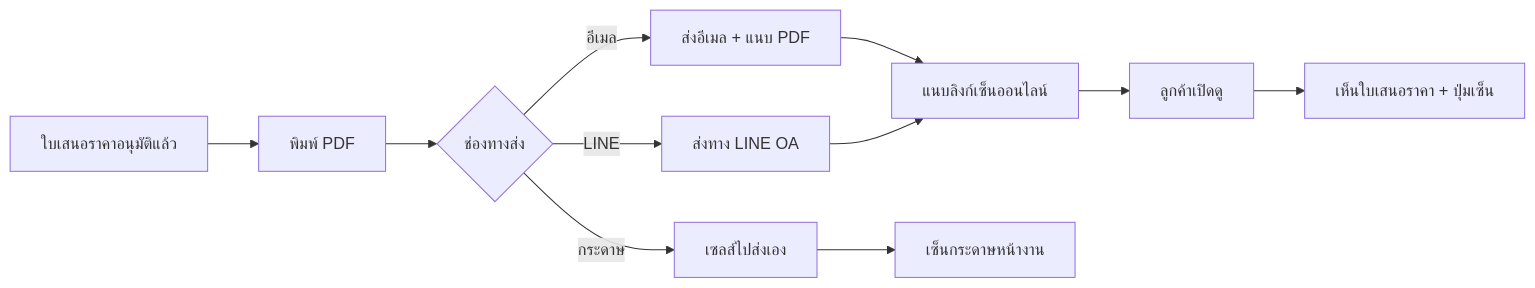
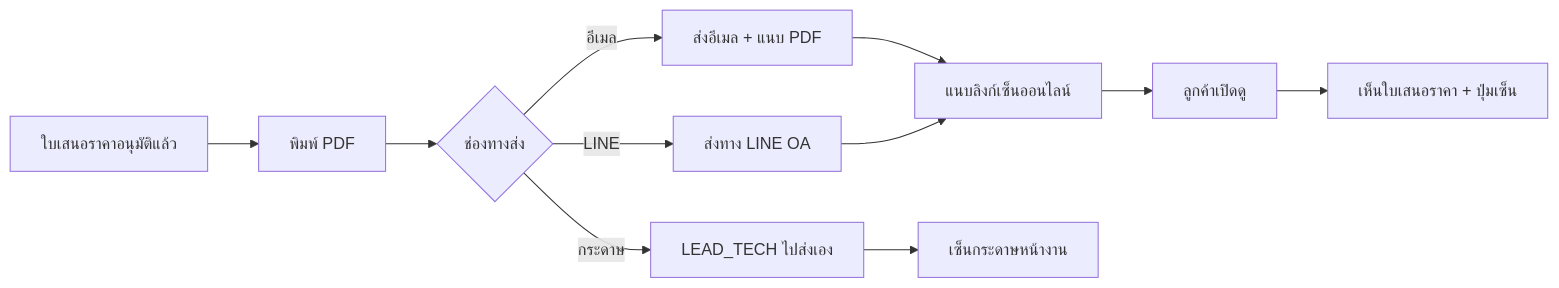
One commit to Rachaiyut/mrgreenpest-admin changed the ninth of 46 diagrams in public/docs/FLOW.md. Above: the diagram before and after it, drawn with Mermaid. The commit also changed other lines of this file, not shown here.

First line of the commit message:
docs(flow): remove standalone Sales role — handled by LEAD_TECH/TECH

````diff
--- a/public/docs/FLOW.md
+++ b/public/docs/FLOW.md
@@ -1685,13 +1612,13 @@
 ```mermaid
 flowchart LR
     Sign[ใบเสนอราคาอนุมัติแล้ว] --> Print[พิมพ์ PDF]
     Print --> Send{ช่องทางส่ง}
     Send -->|อีเมล| Email[ส่งอีเมล + แนบ PDF]
     Send -->|LINE| Line[ส่งทาง LINE OA]
-    Send -->|กระดาษ| Paper[เซลส์ไปส่งเอง]
+    Send -->|กระดาษ| Paper[LEAD_TECH ไปส่งเอง]
     Email --> Link[แนบลิงก์เซ็นออนไลน์]
     Line --> Link
     Paper --> Sig[เซ็นกระดาษหน้างาน]
     Link --> Customer[ลูกค้าเปิดดู]
     Customer --> View[เห็นใบเสนอราคา + ปุ่มเซ็น]
 ```
````
